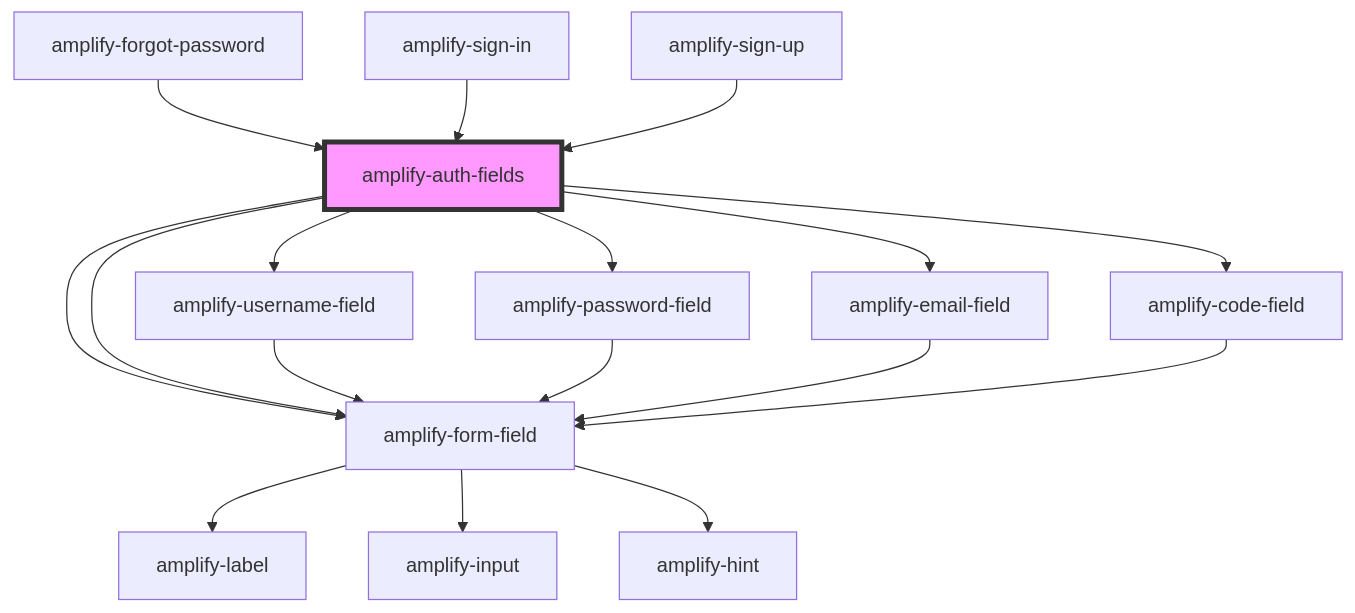
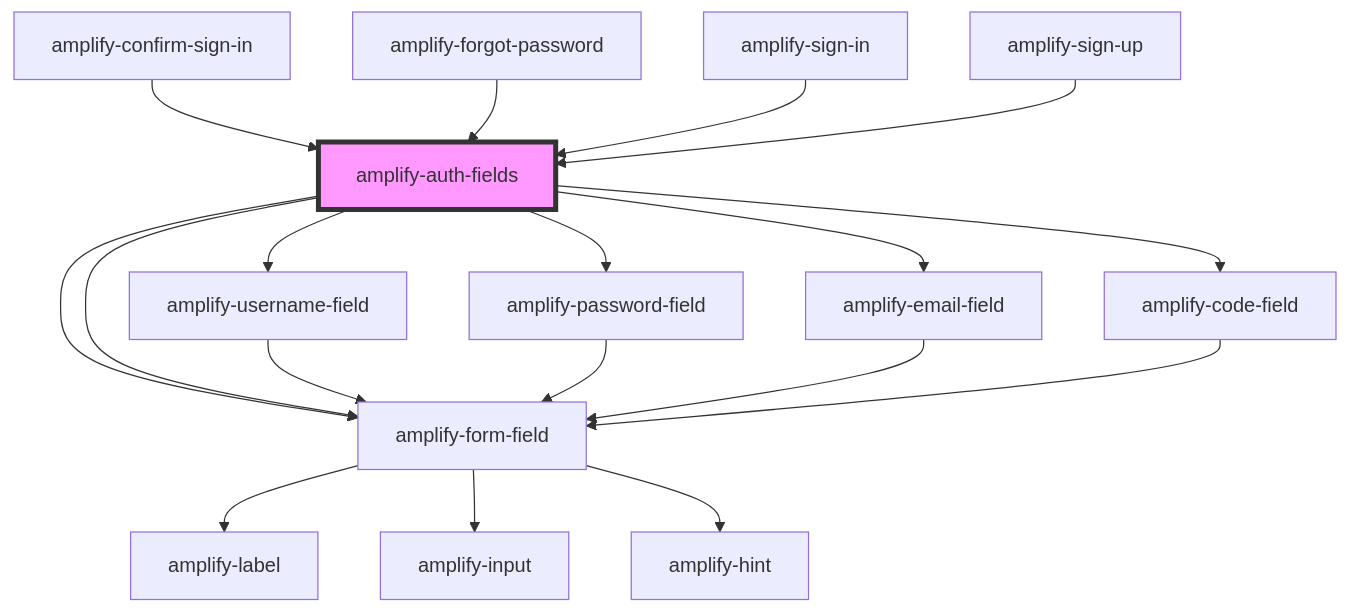
The diagram in packages/amplify-ui-components/src/components/amplify-auth-fields/readme.md (aws-amplify/amplify-js), drawn with Mermaid before and after one commit. The commit also changed other lines of this file and 15 other files, not shown here.

Commit message:
feat: amplify-confirm-sign-in component

````diff
--- a/packages/amplify-ui-components/src/components/amplify-auth-fields/readme.md
+++ b/packages/amplify-ui-components/src/components/amplify-auth-fields/readme.md
@@ -33,20 +34,21 @@
 ```mermaid
 graph TD;
   amplify-auth-fields --> amplify-username-field
   amplify-auth-fields --> amplify-password-field
   amplify-auth-fields --> amplify-email-field
   amplify-auth-fields --> amplify-code-field
   amplify-auth-fields --> amplify-form-field
   amplify-auth-fields --> amplify-form-field
   amplify-username-field --> amplify-form-field
   amplify-form-field --> amplify-label
   amplify-form-field --> amplify-input
   amplify-form-field --> amplify-hint
   amplify-password-field --> amplify-form-field
   amplify-email-field --> amplify-form-field
   amplify-code-field --> amplify-form-field
+  amplify-confirm-sign-in --> amplify-auth-fields
   amplify-forgot-password --> amplify-auth-fields
   amplify-sign-in --> amplify-auth-fields
   amplify-sign-up --> amplify-auth-fields
   style amplify-auth-fields fill:#f9f,stroke:#333,stroke-width:4px
 ```
````
